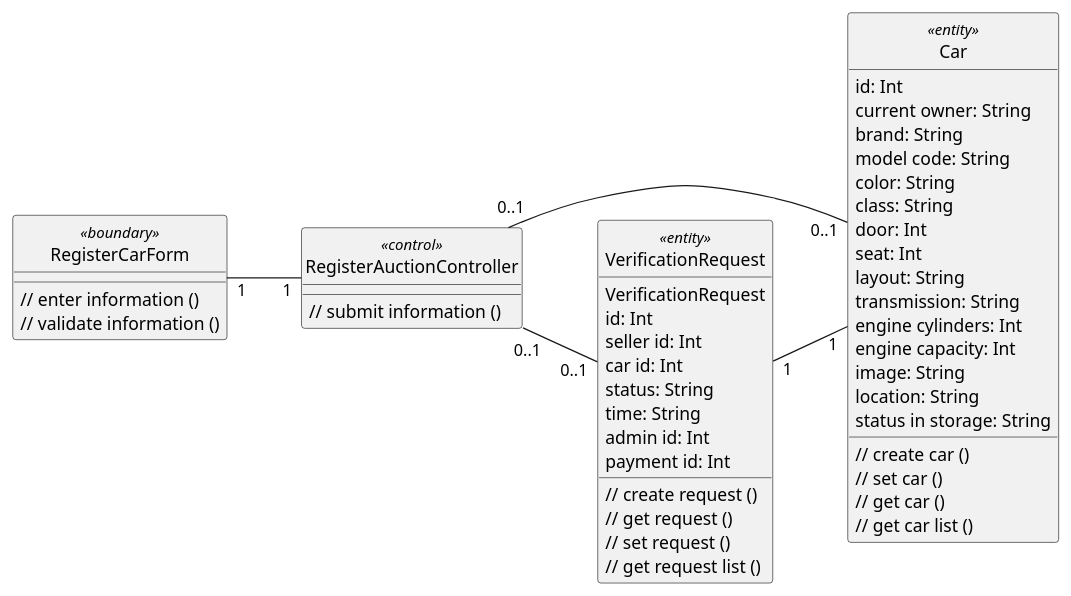
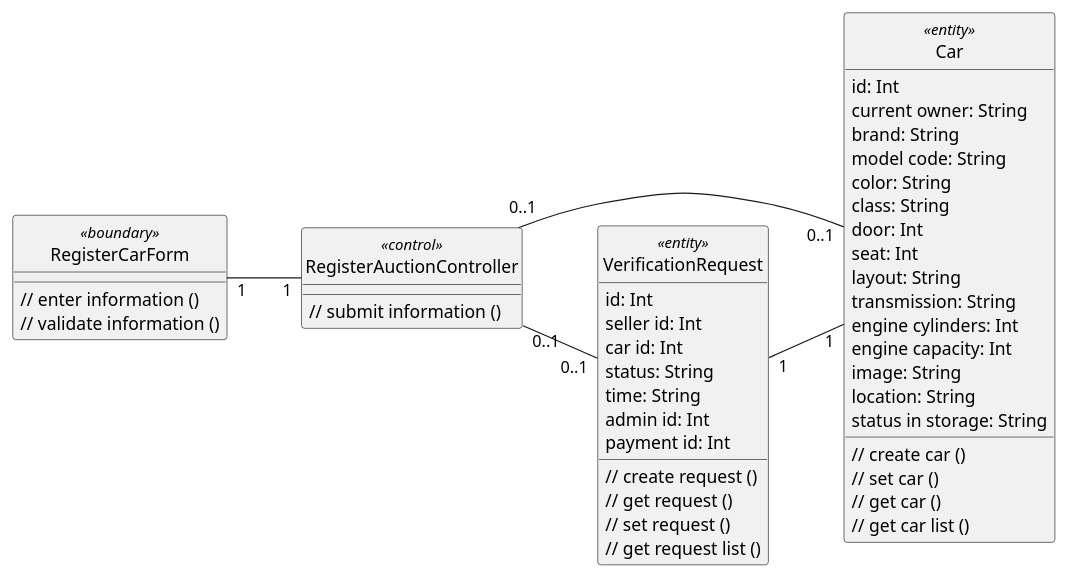
One commit to anhbanlinhle/velocity-exchange changed the diagram in uml/analysis/class/register-car-vopc.pu. Above: the diagram before and after it, drawn with PlantUML. The commit also changed 1 other file, not shown here.

Commit message:
hello from sequence

```diff
--- a/uml/analysis/class/register-car-vopc.pu
+++ b/uml/analysis/class/register-car-vopc.pu
@@ -1,58 +1,57 @@
 @startuml register_car
 hide circle
 skinparam classAttributeIconSize 0
 left to right direction
 
 
 class RegisterCarForm <<boundary>> {
   // enter information ()
   // validate information ()
 }
 
 class RegisterAuctionController <<control>> {
   // submit information ()
 }
 
 class Car <<entity>> {
   id: Int
   current owner: String
   brand: String
   model code: String
   color: String
   class: String
   door: Int
   seat: Int
   layout: String
   transmission: String
   engine cylinders: Int
   engine capacity: Int
   image: String
   location: String
   status in storage: String
   // create car ()
   // set car ()
   // get car ()
   // get car list ()
 }
 
 class VerificationRequest <<entity>> {
-VerificationRequest
   id: Int
   seller id: Int
   car id: Int
   status: String
   time: String
   admin id: Int
   payment id: Int
   // create request ()
   // get request ()
   // set request ()
   // get request list ()
 }
 
 RegisterCarForm "1" -- "1" RegisterAuctionController
 RegisterAuctionController "0..1" -- "0..1" VerificationRequest
 RegisterAuctionController "0..1" -- "0..1" Car
 VerificationRequest "1" -- "1" Car
 
 @enduml
```
